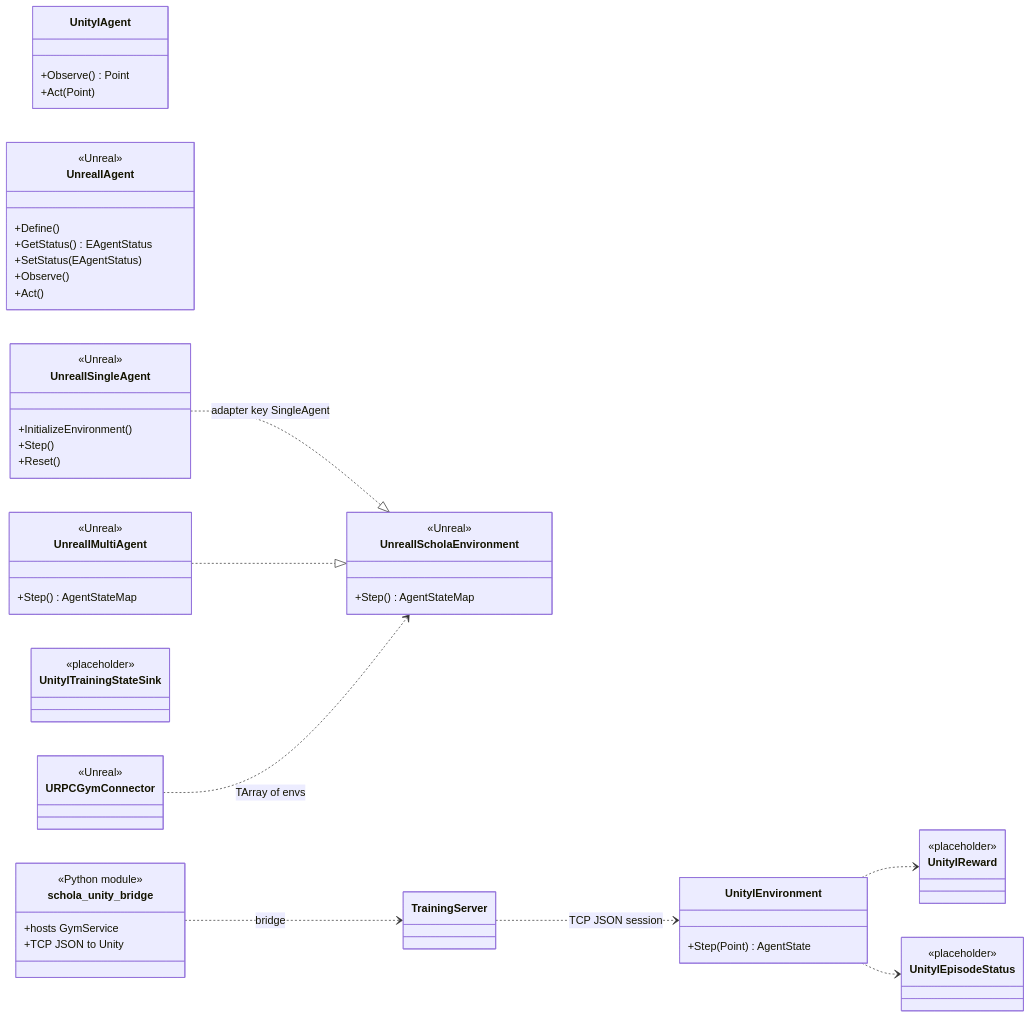
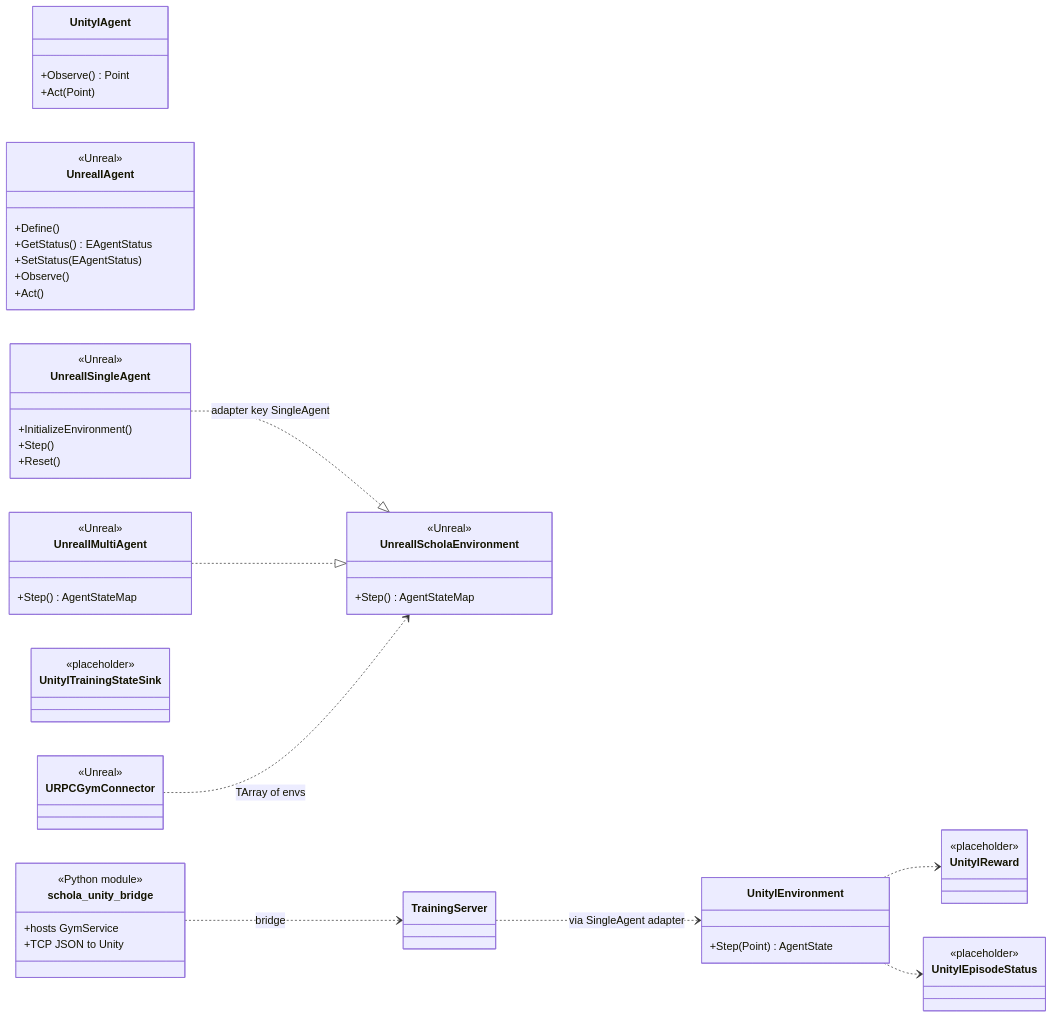
One commit to GPUOpen-LibrariesAndSDKs/Schola changed diagram 13 of 13 in Unity/com.amd.schola/Documentation~/architecture/us1-us4-uml.md. Above: the diagram before and after it, drawn with Mermaid. The commit also changed other lines of this file and 21 other files, not shown here.

First line of the commit message:
feat: connect multi-agent environments to training

````diff
--- a/Unity/com.amd.schola/Documentation~/architecture/us1-us4-uml.md
+++ b/Unity/com.amd.schola/Documentation~/architecture/us1-us4-uml.md
@@ -662,62 +664,62 @@
 ```mermaid
 classDiagram
   direction LR
 
   class UnityIAgent {
     +Observe() Point
     +Act(Point)
   }
   class UnrealIAgent {
     <<Unreal>>
     +Define()
     +GetStatus() EAgentStatus
     +SetStatus(EAgentStatus)
     +Observe()
     +Act()
   }
 
   class UnityIEnvironment {
     +Step(Point) AgentState
   }
   class UnrealISingleAgent {
     <<Unreal>>
     +InitializeEnvironment()
     +Step()
     +Reset()
   }
   class UnrealIScholaEnvironment {
     <<Unreal>>
     +Step() AgentStateMap
   }
   class UnrealIMultiAgent {
     <<Unreal>>
     +Step() AgentStateMap
   }
 
   class UnityIReward {
     <<placeholder>>
   }
   class UnityIEpisodeStatus {
     <<placeholder>>
   }
   class UnityITrainingStateSink {
     <<placeholder>>
   }
   class URPCGymConnector {
     <<Unreal>>
   }
   class TrainingServer
   class schola_unity_bridge {
     <<Python module>>
     +hosts GymService
     +TCP JSON to Unity
   }
 
   UnrealISingleAgent ..|> UnrealIScholaEnvironment : adapter key SingleAgent
   UnrealIMultiAgent ..|> UnrealIScholaEnvironment
   URPCGymConnector ..> UnrealIScholaEnvironment : TArray of envs
-  TrainingServer ..> UnityIEnvironment : TCP JSON session
+  TrainingServer ..> UnityIEnvironment : via SingleAgent adapter
   schola_unity_bridge ..> TrainingServer : bridge
   UnityIEnvironment ..> UnityIReward
   UnityIEnvironment ..> UnityIEpisodeStatus
 ```
````
